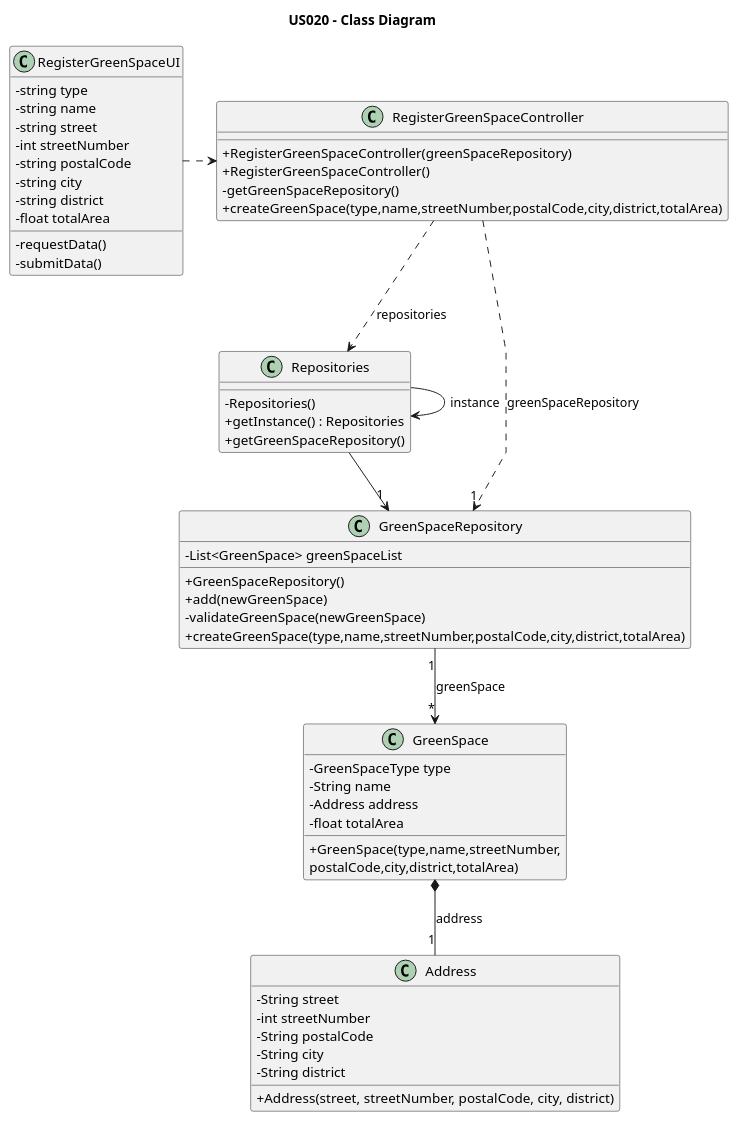
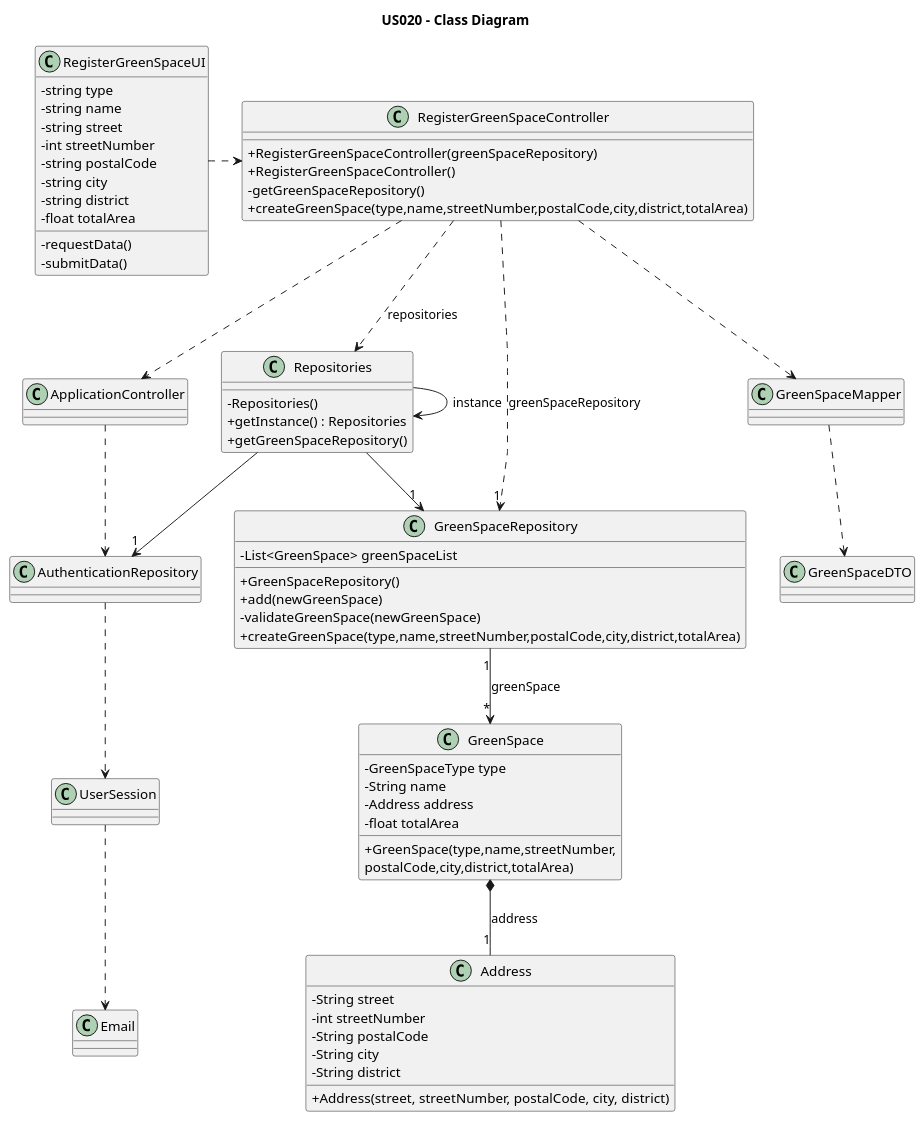
The diagram in docs/sprintC/us020/03.design/puml/us020-class-diagram.puml (Rui-San/LAPR2_2023_2024), drawn with PlantUML before and after one commit. The commit also changed 3 other files, not shown here.

```diff
--- a/docs/sprintC/us020/03.design/puml/us020-class-diagram.puml
+++ b/docs/sprintC/us020/03.design/puml/us020-class-diagram.puml
@@ -1,73 +1,103 @@
 @startuml
 'skinparam monochrome true
 skinparam packageStyle rectangle
 skinparam shadowing false
 skinparam linetype polyline
 'skinparam linetype orto
 
 skinparam classAttributeIconSize 0
 title US020 - Class Diagram
 
 class GreenSpace {
     - GreenSpaceType type
     - String name
     - Address address
     - float totalArea
     + GreenSpace(type,name,streetNumber,\npostalCode,city,district,totalArea)
 }
 
 class GreenSpaceRepository{
     - List<GreenSpace> greenSpaceList
 
     + GreenSpaceRepository()
     + add(newGreenSpace)
     - validateGreenSpace(newGreenSpace)
     + createGreenSpace(type,name,streetNumber,postalCode,city,district,totalArea)
 }
 
 class Repositories {
     - Repositories()
     + getInstance() : Repositories
     + getGreenSpaceRepository()
 }
 
 class RegisterGreenSpaceController {
 
     + RegisterGreenSpaceController(greenSpaceRepository)
     + RegisterGreenSpaceController()
     - getGreenSpaceRepository()
     + createGreenSpace(type,name,streetNumber,postalCode,city,district,totalArea)
 }
 
 class RegisterGreenSpaceUI {
     - string type
     - string name
     - string street
     - int streetNumber
     - string postalCode
     - string city
     - string district
     - float totalArea
     - requestData()
     - submitData()
 }
 
 class Address{
     - String street
     - int streetNumber
     - String postalCode
     - String city
     - String district
     + Address(street, streetNumber, postalCode, city, district)
 }
 
+class ApplicationController{
+
+}
+
+class UserSession{
+
+}
+
+class Email{
+
+}
+
+class GreenSpaceMapper{
+
+}
+
+class GreenSpaceDTO{
+
+}
+
+class AuthenticationRepository{
+
+}
+
 RegisterGreenSpaceUI .right.> RegisterGreenSpaceController
 RegisterGreenSpaceController ..> "1" GreenSpaceRepository : greenSpaceRepository
 GreenSpaceRepository "1"-down-> "*" GreenSpace : greenSpace
 GreenSpace *--"1" Address : address
 RegisterGreenSpaceController ..> Repositories : repositories
 Repositories --> "1" GreenSpaceRepository
 Repositories -> Repositories : instance
-
+Repositories --> "1" AuthenticationRepository
+RegisterGreenSpaceController ..> ApplicationController
+ApplicationController ..> AuthenticationRepository
+AuthenticationRepository ..> UserSession
+UserSession ..> Email
+RegisterGreenSpaceController ..> GreenSpaceMapper
+GreenSpaceMapper ..> GreenSpaceDTO
 
 @enduml
```
